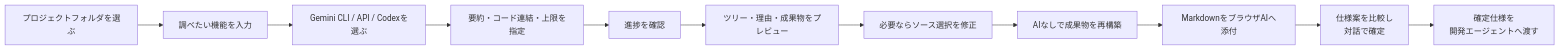
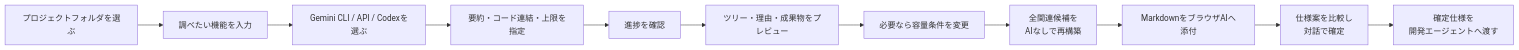
One commit to matsutanishimpei/make-summary changed the fourth of 6 diagrams in docs/product-overview.md. Above: the diagram before and after it, drawn with Mermaid. The commit also changed other lines of this file and 29 other files, not shown here.

````diff
--- a/docs/product-overview.md
+++ b/docs/product-overview.md
@@ -197,13 +197,13 @@
 ```mermaid
 flowchart LR
     A["プロジェクトフォルダを選ぶ"] --> B["調べたい機能を入力"]
     B --> C["Gemini CLI / API / Codexを選ぶ"]
     C --> D["要約・コード連結・上限を指定"]
     D --> E["進捗を確認"]
     E --> F["ツリー・理由・成果物をプレビュー"]
-    F --> G["必要ならソース選択を修正"]
-    G --> H["AIなしで成果物を再構築"]
+    F --> G["必要なら容量条件を変更"]
+    G --> H["全関連候補を<br/>AIなしで再構築"]
     H --> I["MarkdownをブラウザAIへ添付"]
     I --> J["仕様案を比較し<br/>対話で確定"]
     J --> K["確定仕様を<br/>開発エージェントへ渡す"]
 ```
````
